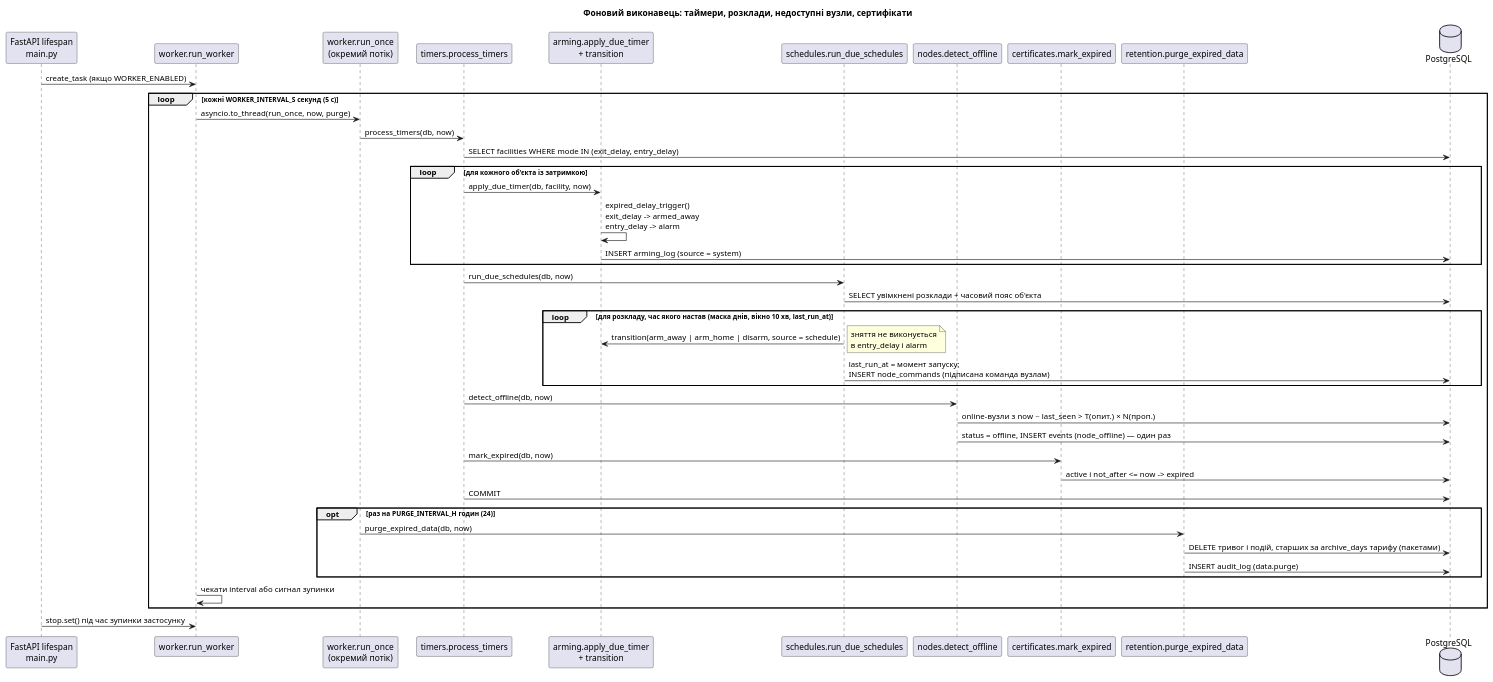
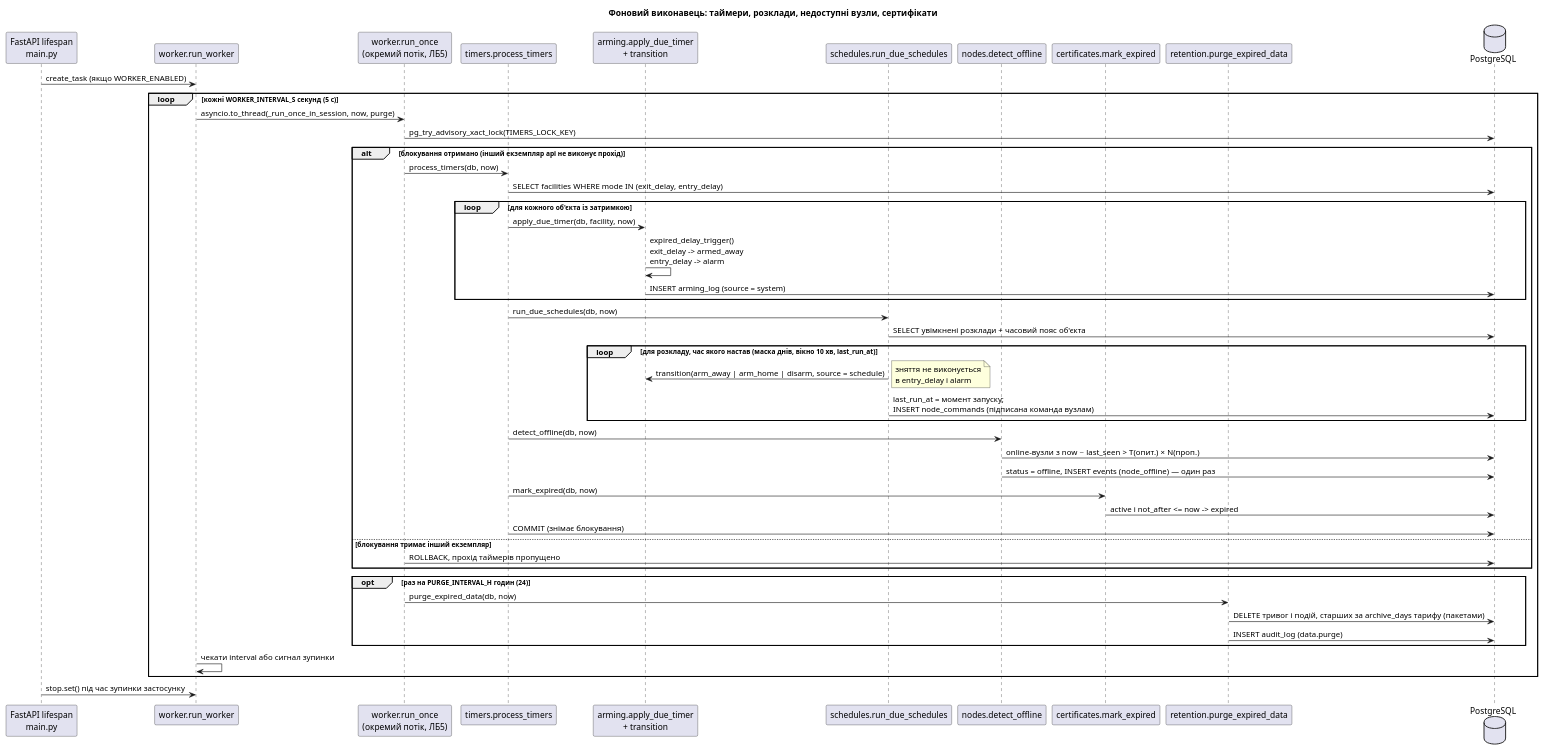
Before and after one commit to NureDribnytsiaNazar/oberih: the diagram in docs/diagrams/sequence-timers.puml, drawn with PlantUML. The commit also changed 1 other file, not shown here.

Commit message:
Документація: діаграма таймерів ЛБ5 — рекомендаційне блокування проходу

```diff
--- a/docs/diagrams/sequence-timers.puml
+++ b/docs/diagrams/sequence-timers.puml
@@ -1,49 +1,54 @@
 @startuml sequence-timers
 ' Діаграма взаємодії: фоновий виконавець таймерів (app/worker.py).
 skinparam shadowing false
 skinparam defaultFontName Arial
 title Фоновий виконавець: таймери, розклади, недоступні вузли, сертифікати
 
 participant "FastAPI lifespan\nmain.py" as Life
 participant "worker.run_worker" as Worker
-participant "worker.run_once\n(окремий потік)" as Once
+participant "worker.run_once\n(окремий потік, ЛБ5)" as Once
 participant "timers.process_timers" as Timers
 participant "arming.apply_due_timer\n+ transition" as Arming
 participant "schedules.run_due_schedules" as Sched
 participant "nodes.detect_offline" as Nodes
 participant "certificates.mark_expired" as Certs
 participant "retention.purge_expired_data" as Purge
 database "PostgreSQL" as Db
 
 Life -> Worker : create_task (якщо WORKER_ENABLED)
 loop кожні WORKER_INTERVAL_S секунд (5 с)
-  Worker -> Once : asyncio.to_thread(run_once, now, purge)
+  Worker -> Once : asyncio.to_thread(_run_once_in_session, now, purge)
+  Once -> Db : pg_try_advisory_xact_lock(TIMERS_LOCK_KEY)
+  alt блокування отримано (інший екземпляр api не виконує прохід)
   Once -> Timers : process_timers(db, now)
   Timers -> Db : SELECT facilities WHERE mode IN (exit_delay, entry_delay)
   loop для кожного об'єкта із затримкою
     Timers -> Arming : apply_due_timer(db, facility, now)
     Arming -> Arming : expired_delay_trigger()\nexit_delay -> armed_away\nentry_delay -> alarm
     Arming -> Db : INSERT arming_log (source = system)
   end
   Timers -> Sched : run_due_schedules(db, now)
   Sched -> Db : SELECT увімкнені розклади + часовий пояс об'єкта
   loop для розкладу, час якого настав (маска днів, вікно 10 хв, last_run_at)
     Sched -> Arming : transition(arm_away | arm_home | disarm, source = schedule)
     note right : зняття не виконується\nв entry_delay і alarm
     Sched -> Db : last_run_at = момент запуску;\nINSERT node_commands (підписана команда вузлам)
   end
   Timers -> Nodes : detect_offline(db, now)
   Nodes -> Db : online-вузли з now − last_seen > T(опит.) × N(проп.)
   Nodes -> Db : status = offline, INSERT events (node_offline) — один раз
   Timers -> Certs : mark_expired(db, now)
   Certs -> Db : active і not_after <= now -> expired
-  Timers -> Db : COMMIT
+  Timers -> Db : COMMIT (знімає блокування)
+  else блокування тримає інший екземпляр
+    Once -> Db : ROLLBACK, прохід таймерів пропущено
+  end
   opt раз на PURGE_INTERVAL_H годин (24)
     Once -> Purge : purge_expired_data(db, now)
     Purge -> Db : DELETE тривог і подій, старших за archive_days тарифу (пакетами)
     Purge -> Db : INSERT audit_log (data.purge)
   end
   Worker -> Worker : чекати interval або сигнал зупинки
 end
 Life -> Worker : stop.set() під час зупинки застосунку
 @enduml
```
